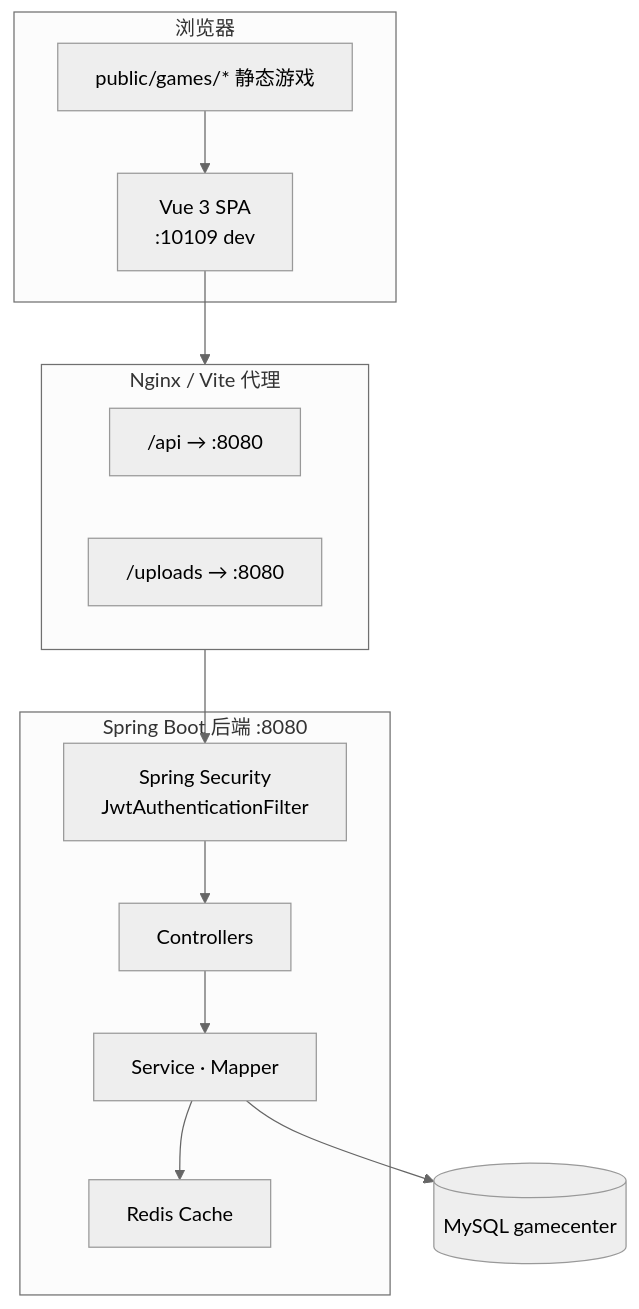
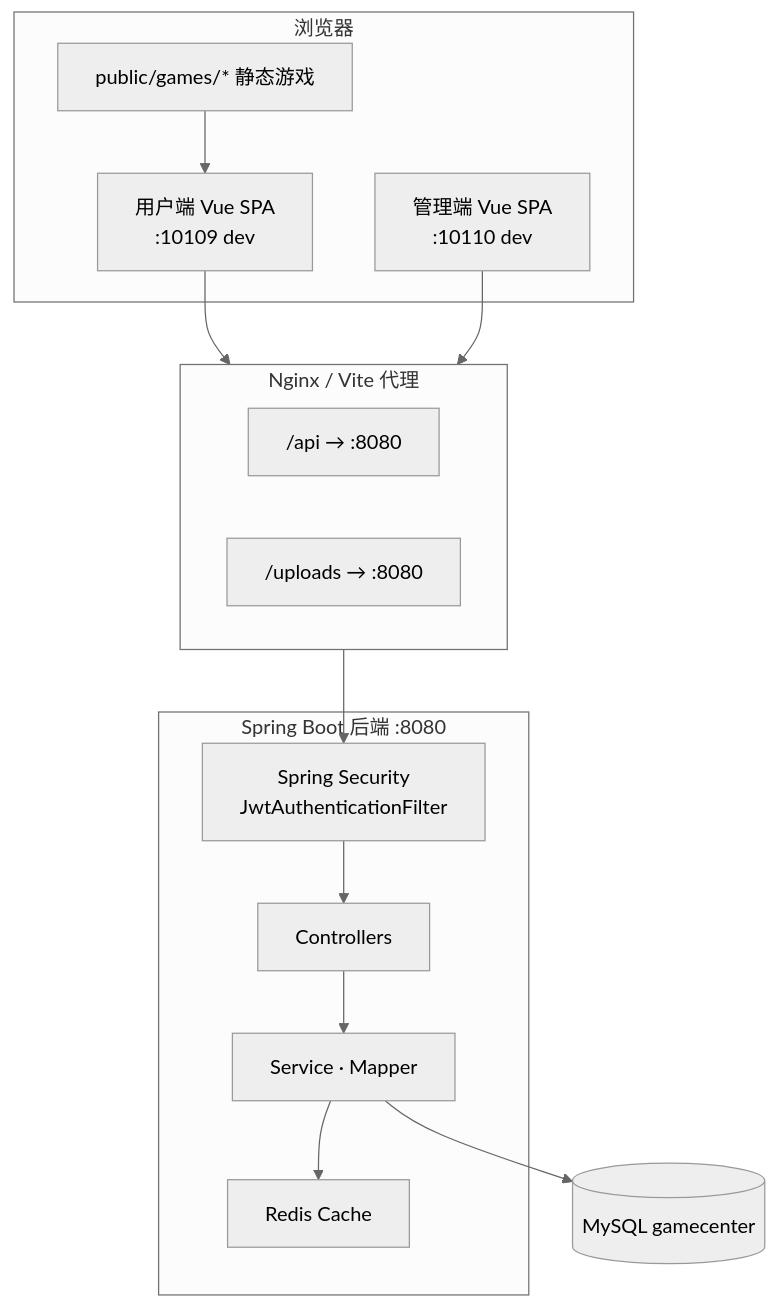
The first of 7 diagrams in PROJECT.md (xixisama782/StudyDemo), drawn with Mermaid (neutral theme) before and after one commit. The commit also changed other lines of this file and 41 other files, not shown here.

````diff
--- a/PROJECT.md
+++ b/PROJECT.md
@@ -75,25 +75,27 @@
 ```mermaid
 flowchart TB
   subgraph Browser["浏览器"]
-    SPA["Vue 3 SPA<br/>:10109 dev"]
+    ClientSPA["用户端 Vue SPA<br/>:10109 dev"]
+    AdminSPA["管理端 Vue SPA<br/>:10110 dev"]
     Pub["public/games/* 静态游戏"]
   end
   subgraph Gateway["Nginx / Vite 代理"]
     API["/api → :8080"]
     UP["/uploads → :8080"]
   end
   subgraph Backend["Spring Boot 后端 :8080"]
     SEC["Spring Security<br/>JwtAuthenticationFilter"]
     CTRL["Controllers"]
     SVC["Service · Mapper"]
     CACHE["Redis Cache"]
   end
   DB[(MySQL gamecenter)]
-  SPA --> Gateway
-  Pub --> SPA
+  ClientSPA --> Gateway
+  AdminSPA --> Gateway
+  Pub --> ClientSPA
   Gateway --> SEC
   SEC --> CTRL
   CTRL --> SVC
   SVC --> DB
   SVC --> CACHE
 ```
````
